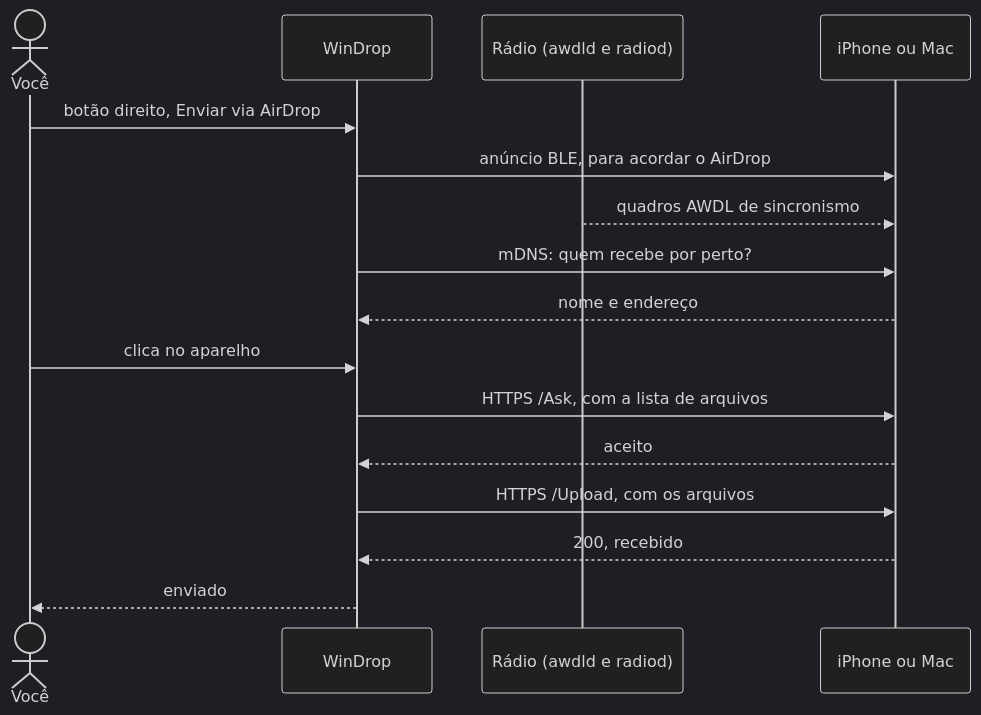
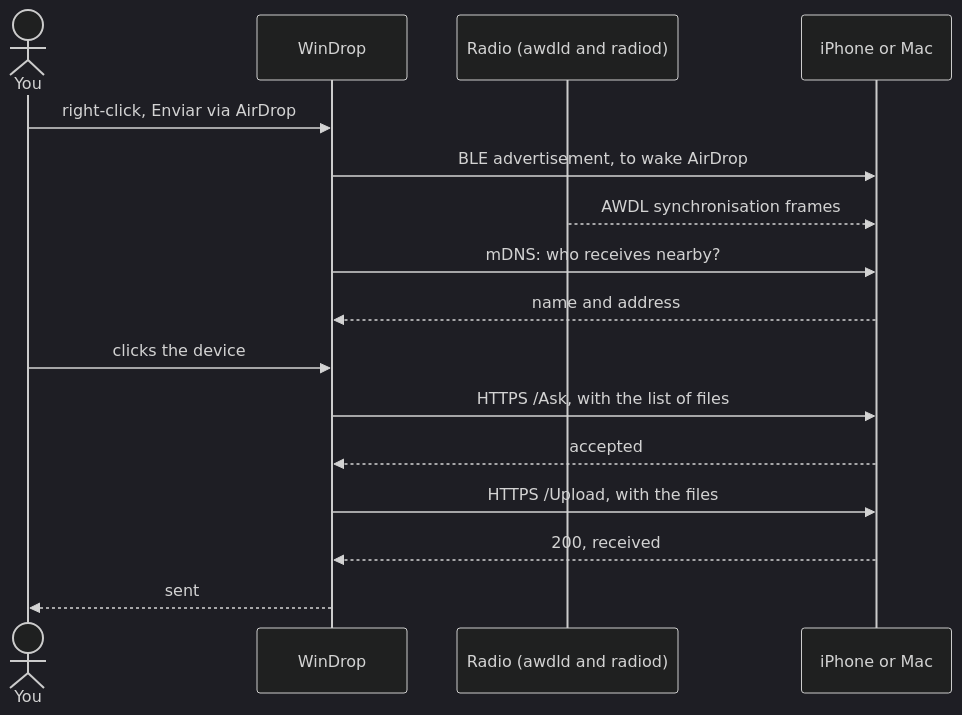
The second of 3 diagrams in README.md (matheusbgodoi/WinDrop), drawn with Mermaid (dark theme) before and after one commit. The commit also changed other lines of this file and 3 other files, not shown here.

````diff
--- a/README.md
+++ b/README.md
@@ -170,19 +175,19 @@
 ```mermaid
 sequenceDiagram
-    actor U as Você
+    actor U as You
     participant W as WinDrop
-    participant R as Rádio (awdld e radiod)
-    participant A as iPhone ou Mac
+    participant R as Radio (awdld and radiod)
+    participant A as iPhone or Mac
 
-    U->>W: botão direito, Enviar via AirDrop
-    W->>A: anúncio BLE, para acordar o AirDrop
-    R-->>A: quadros AWDL de sincronismo
-    W->>A: mDNS: quem recebe por perto?
-    A-->>W: nome e endereço
-    U->>W: clica no aparelho
-    W->>A: HTTPS /Ask, com a lista de arquivos
-    A-->>W: aceito
-    W->>A: HTTPS /Upload, com os arquivos
-    A-->>W: 200, recebido
-    W-->>U: enviado
+    U->>W: right-click, Enviar via AirDrop
+    W->>A: BLE advertisement, to wake AirDrop
+    R-->>A: AWDL synchronisation frames
+    W->>A: mDNS: who receives nearby?
+    A-->>W: name and address
+    U->>W: clicks the device
+    W->>A: HTTPS /Ask, with the list of files
+    A-->>W: accepted
+    W->>A: HTTPS /Upload, with the files
+    A-->>W: 200, received
+    W-->>U: sent
 ```
````
